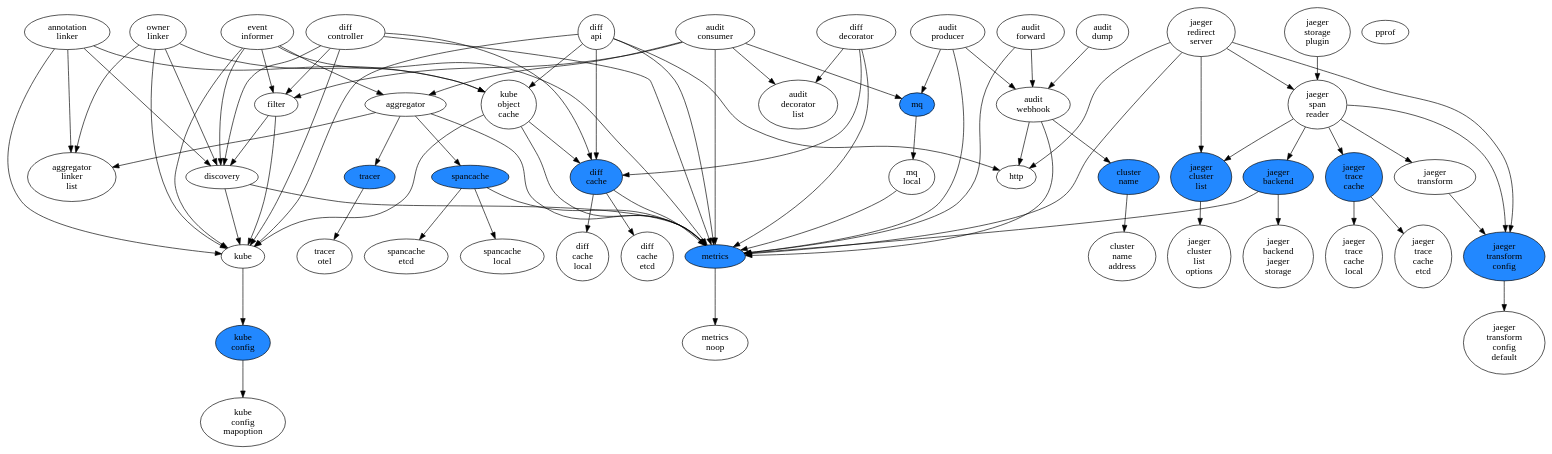
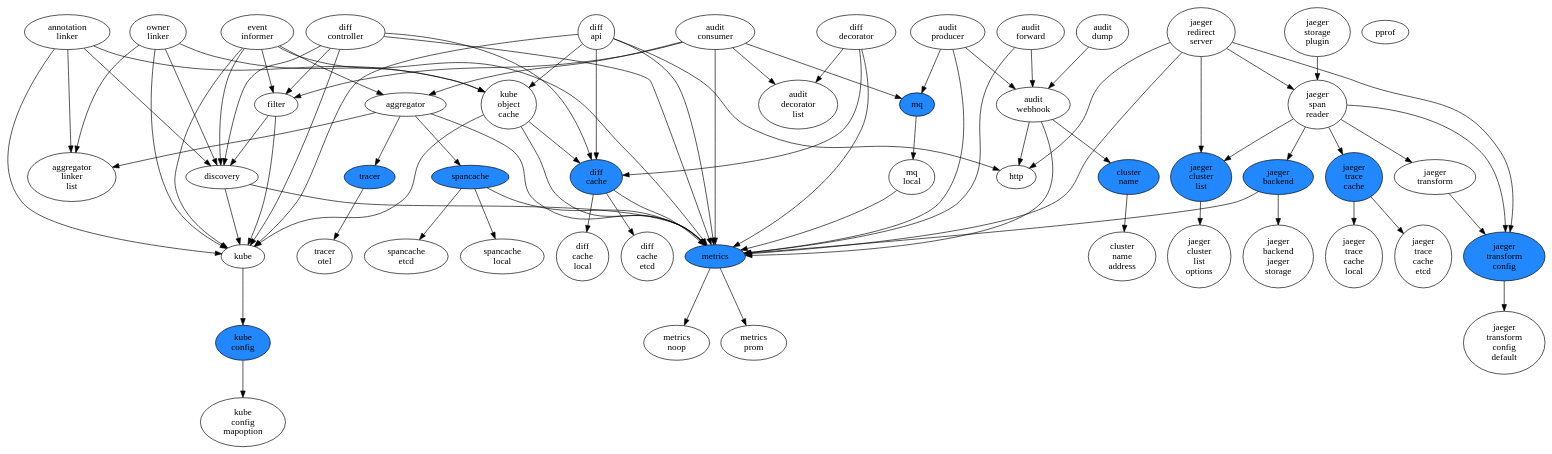
Before and after one commit to kubewharf/kelemetry: the diagram in depgraph.dot, drawn with Graphviz. The commit also changed 7 other files, not shown here.

```diff
--- a/depgraph.dot
+++ b/depgraph.dot
@@ -1,136 +1,138 @@
 digraph G {
 	{
 	rank=source;
 		n0 [label="annotation\nlinker", style="", fillcolor="white"]
 		n1 [label="audit\nconsumer", style="", fillcolor="white"]
 		n2 [label="audit\ndump", style="", fillcolor="white"]
 		n3 [label="audit\nforward", style="", fillcolor="white"]
 		n4 [label="audit\nproducer", style="", fillcolor="white"]
 		n5 [label="diff\napi", style="", fillcolor="white"]
 		n6 [label="diff\ncontroller", style="", fillcolor="white"]
 		n7 [label="diff\ndecorator", style="", fillcolor="white"]
 		n8 [label="event\ninformer", style="", fillcolor="white"]
 		n9 [label="jaeger\nredirect\nserver", style="", fillcolor="white"]
 		n10 [label="jaeger\nstorage\nplugin", style="", fillcolor="white"]
 		n11 [label="owner\nlinker", style="", fillcolor="white"]
 		n12 [label="pprof", style="", fillcolor="white"]
 	}
 		n13 [label="aggregator", style="", fillcolor="white"]
 		n14 [label="aggregator\nlinker\nlist", style="", fillcolor="white"]
 		n15 [label="audit\ndecorator\nlist", style="", fillcolor="white"]
 		n16 [label="audit\nwebhook", style="", fillcolor="white"]
 		n17 [label="cluster\nname", style="filled", fillcolor="#2288ff"]
 		n18 [label="cluster\nname\naddress", style="", fillcolor="white"]
 		n19 [label="diff\ncache", style="filled", fillcolor="#2288ff"]
 		n20 [label="diff\ncache\netcd", style="", fillcolor="white"]
 		n21 [label="diff\ncache\nlocal", style="", fillcolor="white"]
 		n22 [label="discovery", style="", fillcolor="white"]
 		n23 [label="filter", style="", fillcolor="white"]
 		n24 [label="http", style="", fillcolor="white"]
 		n25 [label="jaeger\nbackend", style="filled", fillcolor="#2288ff"]
 		n26 [label="jaeger\nbackend\njaeger\nstorage", style="", fillcolor="white"]
 		n27 [label="jaeger\ncluster\nlist", style="filled", fillcolor="#2288ff"]
 		n28 [label="jaeger\ncluster\nlist\noptions", style="", fillcolor="white"]
 		n29 [label="jaeger\nspan\nreader", style="", fillcolor="white"]
 		n30 [label="jaeger\ntrace\ncache", style="filled", fillcolor="#2288ff"]
 		n31 [label="jaeger\ntrace\ncache\netcd", style="", fillcolor="white"]
 		n32 [label="jaeger\ntrace\ncache\nlocal", style="", fillcolor="white"]
 		n33 [label="jaeger\ntransform", style="", fillcolor="white"]
 		n34 [label="jaeger\ntransform\nconfig", style="filled", fillcolor="#2288ff"]
 		n35 [label="jaeger\ntransform\nconfig\ndefault", style="", fillcolor="white"]
 		n36 [label="kube", style="", fillcolor="white"]
 		n37 [label="kube\nconfig", style="filled", fillcolor="#2288ff"]
 		n38 [label="kube\nconfig\nmapoption", style="", fillcolor="white"]
 		n39 [label="kube\nobject\ncache", style="", fillcolor="white"]
 		n40 [label="metrics", style="filled", fillcolor="#2288ff"]
 		n41 [label="metrics\nnoop", style="", fillcolor="white"]
-		n42 [label="mq", style="filled", fillcolor="#2288ff"]
-		n43 [label="mq\nlocal", style="", fillcolor="white"]
-		n44 [label="spancache", style="filled", fillcolor="#2288ff"]
-		n45 [label="spancache\netcd", style="", fillcolor="white"]
-		n46 [label="spancache\nlocal", style="", fillcolor="white"]
-		n47 [label="tracer", style="filled", fillcolor="#2288ff"]
-		n48 [label="tracer\notel", style="", fillcolor="white"]
+		n42 [label="metrics\nprom", style="", fillcolor="white"]
+		n43 [label="mq", style="filled", fillcolor="#2288ff"]
+		n44 [label="mq\nlocal", style="", fillcolor="white"]
+		n45 [label="spancache", style="filled", fillcolor="#2288ff"]
+		n46 [label="spancache\netcd", style="", fillcolor="white"]
+		n47 [label="spancache\nlocal", style="", fillcolor="white"]
+		n48 [label="tracer", style="filled", fillcolor="#2288ff"]
+		n49 [label="tracer\notel", style="", fillcolor="white"]
 	n0 -> n14
 	n0 -> n22
 	n0 -> n36
 	n0 -> n39
 	n1 -> n13
 	n1 -> n15
 	n1 -> n23
 	n1 -> n40
-	n1 -> n42
+	n1 -> n43
 	n2 -> n16
 	n3 -> n16
 	n3 -> n40
 	n4 -> n16
 	n4 -> n40
-	n4 -> n42
+	n4 -> n43
 	n5 -> n19
 	n5 -> n24
 	n5 -> n36
 	n5 -> n39
 	n5 -> n40
 	n6 -> n19
 	n6 -> n22
 	n6 -> n23
 	n6 -> n36
 	n6 -> n40
 	n7 -> n15
 	n7 -> n19
 	n7 -> n40
 	n8 -> n13
 	n8 -> n22
 	n8 -> n23
 	n8 -> n36
 	n8 -> n40
 	n9 -> n24
 	n9 -> n27
 	n9 -> n29
 	n9 -> n34
 	n9 -> n40
 	n10 -> n29
 	n11 -> n14
 	n11 -> n22
 	n11 -> n36
 	n11 -> n39
 	n13 -> n14
 	n13 -> n40
-	n13 -> n44
-	n13 -> n47
+	n13 -> n45
+	n13 -> n48
 	n16 -> n17
 	n16 -> n24
 	n16 -> n40
 	n17 -> n18
 	n19 -> n20
 	n19 -> n21
 	n19 -> n40
 	n22 -> n36
 	n22 -> n40
 	n23 -> n22
 	n23 -> n36
 	n25 -> n26
 	n25 -> n40
 	n27 -> n28
 	n29 -> n25
 	n29 -> n27
 	n29 -> n30
 	n29 -> n33
 	n29 -> n34
 	n30 -> n31
 	n30 -> n32
 	n33 -> n34
 	n34 -> n35
 	n36 -> n37
 	n37 -> n38
 	n39 -> n19
 	n39 -> n36
 	n39 -> n40
 	n40 -> n41
-	n42 -> n43
-	n43 -> n40
+	n40 -> n42
+	n43 -> n44
 	n44 -> n40
-	n44 -> n45
-	n44 -> n46
-	n47 -> n48
+	n45 -> n40
+	n45 -> n46
+	n45 -> n47
+	n48 -> n49
 }
```
